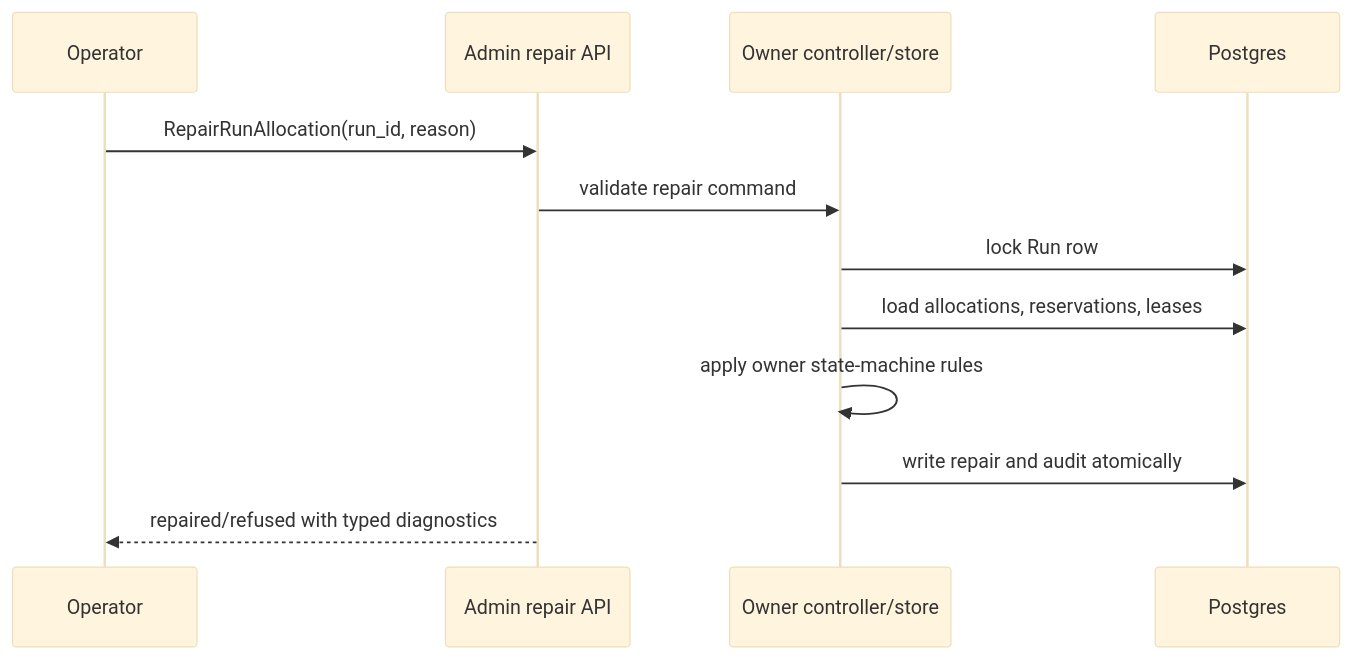
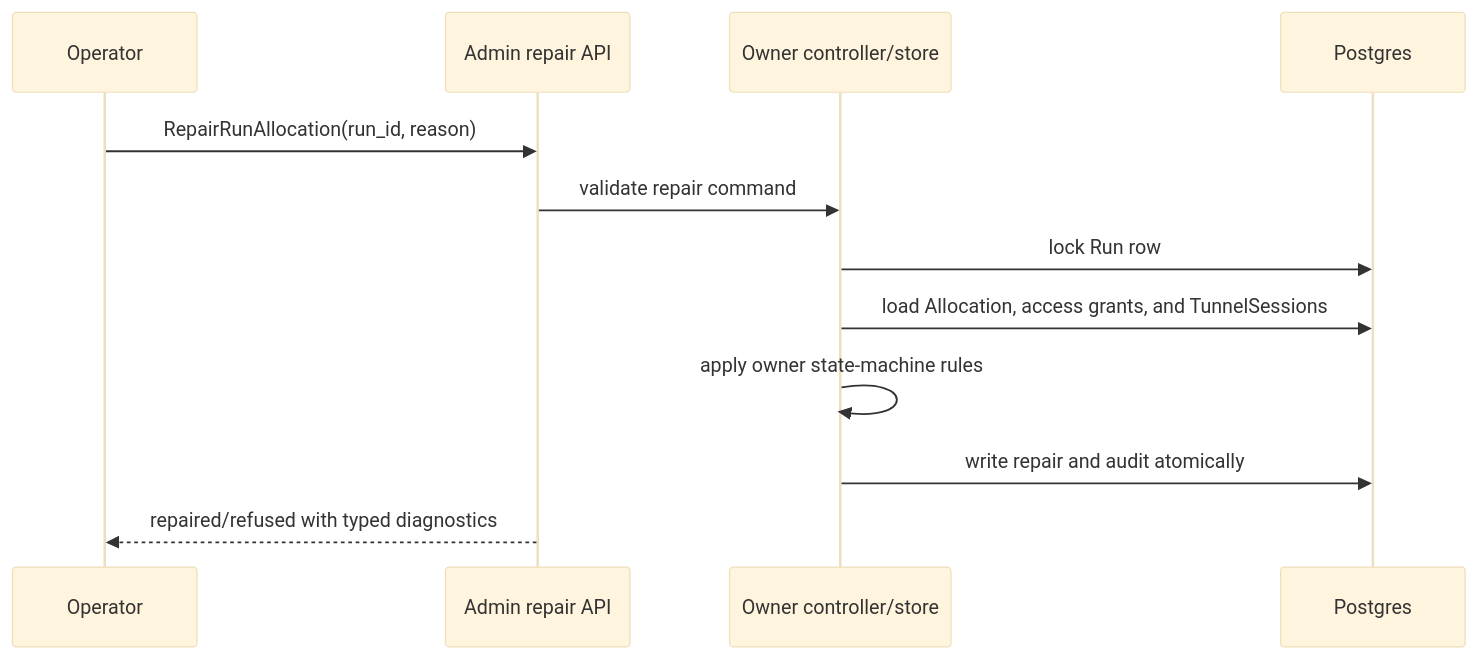
One commit to cofy-x/axern changed the second of 2 diagrams in control/controld/docs/consistency-repair-boundaries.md. Above: the diagram before and after it, drawn with Mermaid (base theme). The commit also changed other lines of this file and 265 other files, not shown here.

````diff
--- a/control/controld/docs/consistency-repair-boundaries.md
+++ b/control/controld/docs/consistency-repair-boundaries.md
@@ -57,15 +56,15 @@
 ```mermaid
 sequenceDiagram
   participant Operator
   participant AdminAPI as Admin repair API
   participant Owner as Owner controller/store
   participant DB as Postgres
 
   Operator->>AdminAPI: RepairRunAllocation(run_id, reason)
   AdminAPI->>Owner: validate repair command
   Owner->>DB: lock Run row
-  Owner->>DB: load allocations, reservations, leases
+  Owner->>DB: load Allocation, access grants, and TunnelSessions
   Owner->>Owner: apply owner state-machine rules
   Owner->>DB: write repair and audit atomically
   AdminAPI-->>Operator: repaired/refused with typed diagnostics
 ```
````
